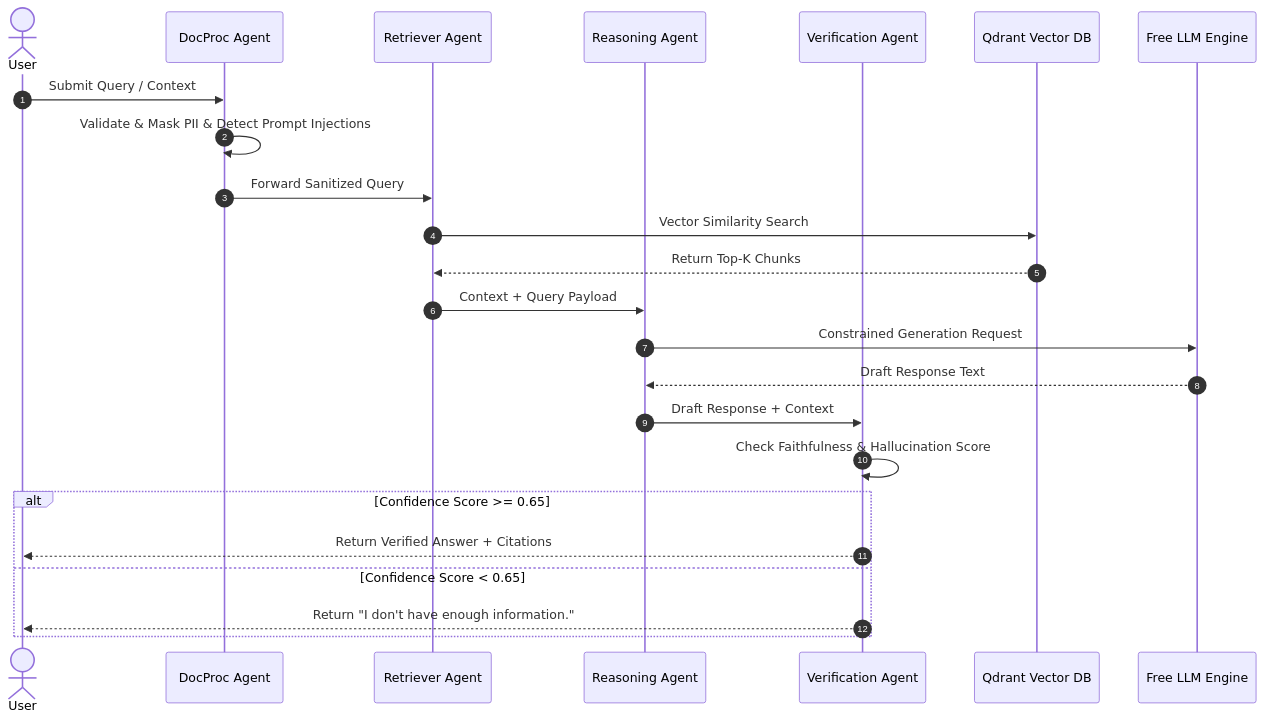
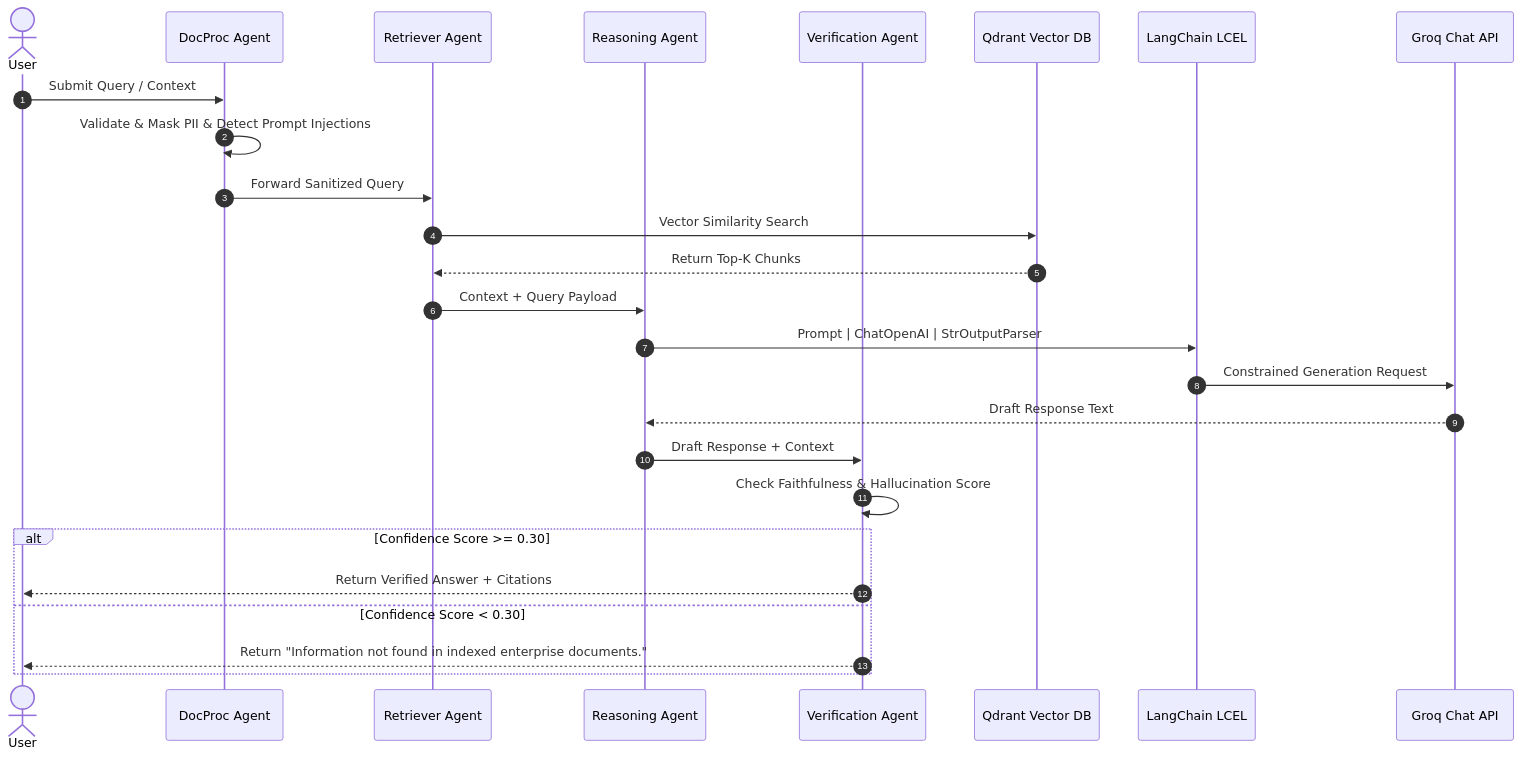
The second of 2 diagrams in docs/ARCHITECTURE.md (i-abhishek-04/langchain-enterprise-ai-platform), drawn with Mermaid before and after one commit. The commit also changed other lines of this file and 20 other files, not shown here.

````diff
--- a/docs/ARCHITECTURE.md
+++ b/docs/ARCHITECTURE.md
@@ -49,27 +57,29 @@
 ```mermaid
 sequenceDiagram
     autonumber
     actor User
     participant Agent1 as DocProc Agent
     participant Agent2 as Retriever Agent
     participant Agent3 as Reasoning Agent
     participant Agent4 as Verification Agent
     participant Qdrant as Qdrant Vector DB
-    participant LLM as Free LLM Engine
+    participant LCEL as LangChain LCEL
+    participant LLM as Groq Chat API
 
     User->>Agent1: Submit Query / Context
     Agent1->>Agent1: Validate & Mask PII & Detect Prompt Injections
     Agent1->>Agent2: Forward Sanitized Query
     Agent2->>Qdrant: Vector Similarity Search
     Qdrant-->>Agent2: Return Top-K Chunks
     Agent2->>Agent3: Context + Query Payload
-    Agent3->>LLM: Constrained Generation Request
+    Agent3->>LCEL: Prompt | ChatOpenAI | StrOutputParser
+    LCEL->>LLM: Constrained Generation Request
     LLM-->>Agent3: Draft Response Text
     Agent3->>Agent4: Draft Response + Context
     Agent4->>Agent4: Check Faithfulness & Hallucination Score
-    alt Confidence Score >= 0.65
+    alt Confidence Score >= 0.30
         Agent4-->>User: Return Verified Answer + Citations
-    else Confidence Score < 0.65
-        Agent4-->>User: Return "I don't have enough information."
+    else Confidence Score < 0.30
+        Agent4-->>User: Return "Information not found in indexed enterprise documents."
     end
 ```
````
